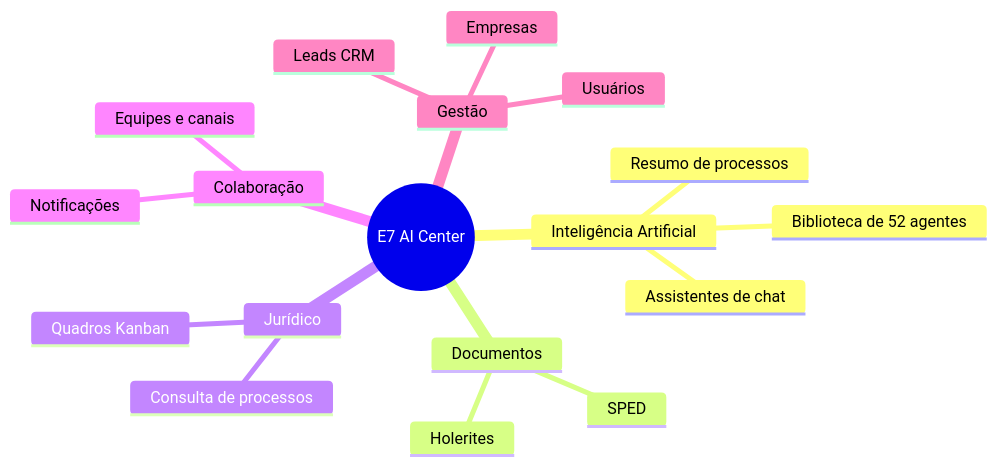
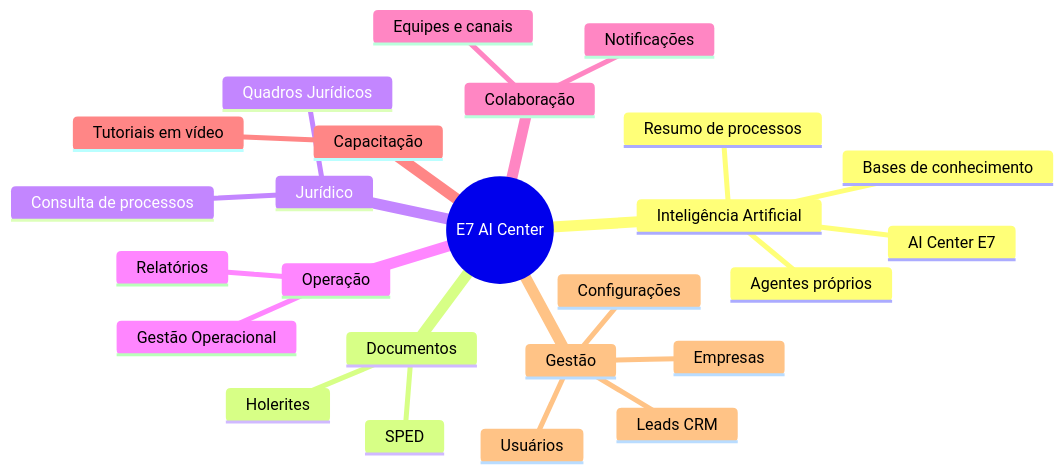
The first of 3 diagrams in docs/Documentacao_Final_Cliente.md (afelipedev/app-e7aicenter), drawn with Mermaid before and after one commit. The commit also changed other lines of this file and 38 other files, not shown here.

````diff
--- a/docs/Documentacao_Final_Cliente.md
+++ b/docs/Documentacao_Final_Cliente.md
@@ -35,21 +38,28 @@
 ```mermaid
 mindmap
   root((E7 AI Center))
     Inteligência Artificial
-      Assistentes de chat
-      Biblioteca de 52 agentes
+      AI Center E7
+      Agentes próprios
+      Bases de conhecimento
       Resumo de processos
     Documentos
       Holerites
       SPED
     Jurídico
       Consulta de processos
-      Quadros Kanban
+      Quadros Jurídicos
+    Operação
+      Gestão Operacional
+      Relatórios
     Colaboração
       Equipes e canais
       Notificações
+    Capacitação
+      Tutoriais em vídeo
     Gestão
       Leads CRM
       Empresas
       Usuários
+      Configurações
 ```
````
